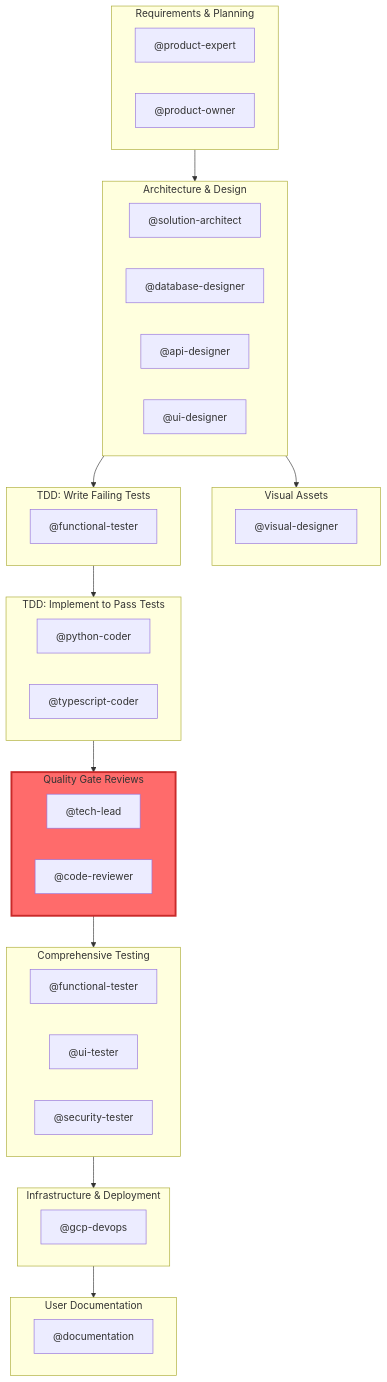
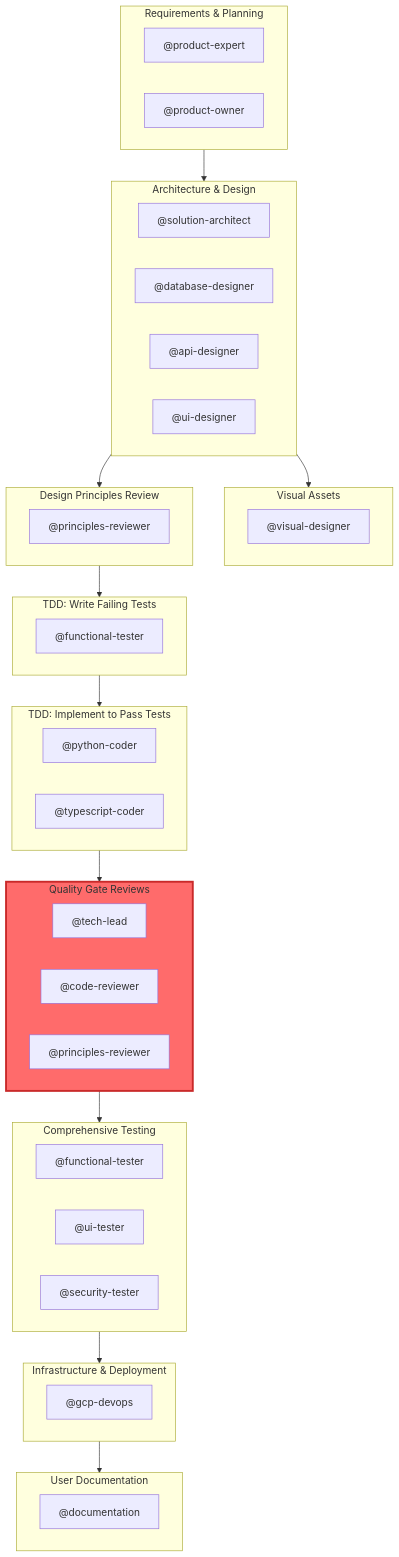
The diagram in CLAUDE.md (Schmoiger/start-here), drawn with Mermaid before and after one commit. The commit also changed other lines of this file and 5 other files, not shown here.

````diff
--- a/CLAUDE.md
+++ b/CLAUDE.md
@@ -56,48 +56,53 @@
 ```mermaid
 flowchart TD
     subgraph discovery["Requirements & Planning"]
         discovery_product_expert["@product-expert"]
         discovery_product_owner["@product-owner"]
     end
     subgraph design["Architecture & Design"]
         design_solution_architect["@solution-architect"]
         design_database_designer["@database-designer"]
         design_api_designer["@api-designer"]
         design_ui_designer["@ui-designer"]
     end
     discovery --> design
     subgraph visual-design["Visual Assets"]
         visual-design_visual_designer["@visual-designer"]
     end
     design --> visual-design
+    subgraph design-principles-review["Design Principles Review"]
+        design-principles-review_principles_reviewer["@principles-reviewer"]
+    end
+    design --> design-principles-review
     subgraph tdd-red["TDD: Write Failing Tests"]
         tdd-red_functional_tester["@functional-tester"]
     end
-    design --> tdd-red
+    design-principles-review --> tdd-red
     subgraph tdd-green["TDD: Implement to Pass Tests"]
         tdd-green_python_coder["@python-coder"]
         tdd-green_typescript_coder["@typescript-coder"]
     end
     tdd-red --> tdd-green
     subgraph review-gate["Quality Gate Reviews"]
         review-gate_tech_lead["@tech-lead"]
         review-gate_code_reviewer["@code-reviewer"]
+        review-gate_principles_reviewer["@principles-reviewer"]
     end
     tdd-green --> review-gate
     review-gate:::gateStyle
     subgraph verification["Comprehensive Testing"]
         verification_functional_tester["@functional-tester"]
         verification_ui_tester["@ui-tester"]
         verification_security_tester["@security-tester"]
     end
     review-gate --> verification
     subgraph deployment["Infrastructure & Deployment"]
         deployment_gcp_devops["@gcp-devops"]
     end
     verification --> deployment
     subgraph documentation["User Documentation"]
         documentation_documentation["@documentation"]
     end
     deployment --> documentation
     classDef gateStyle fill:#ff6b6b,stroke:#c92a2a,stroke-width:3px
 ```
````
